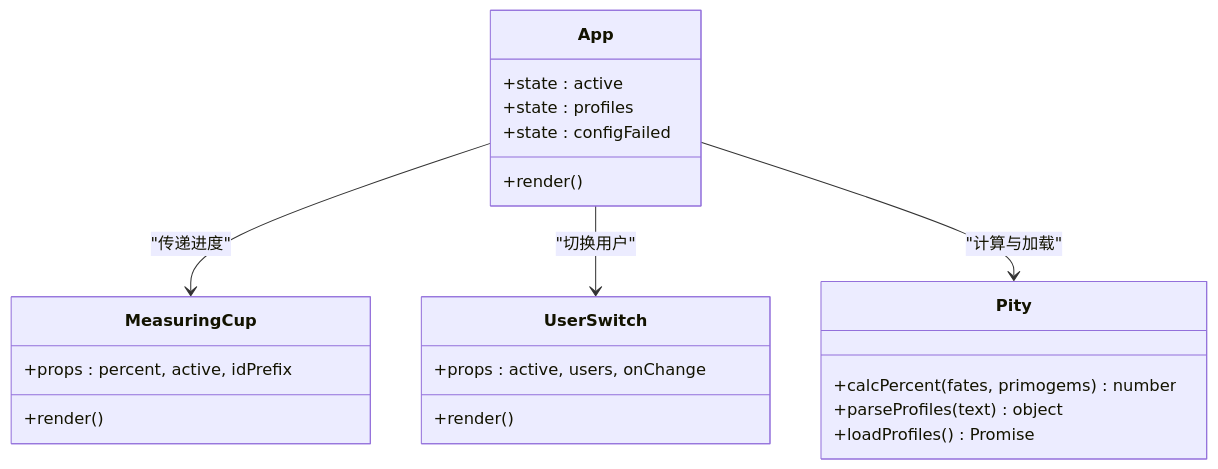
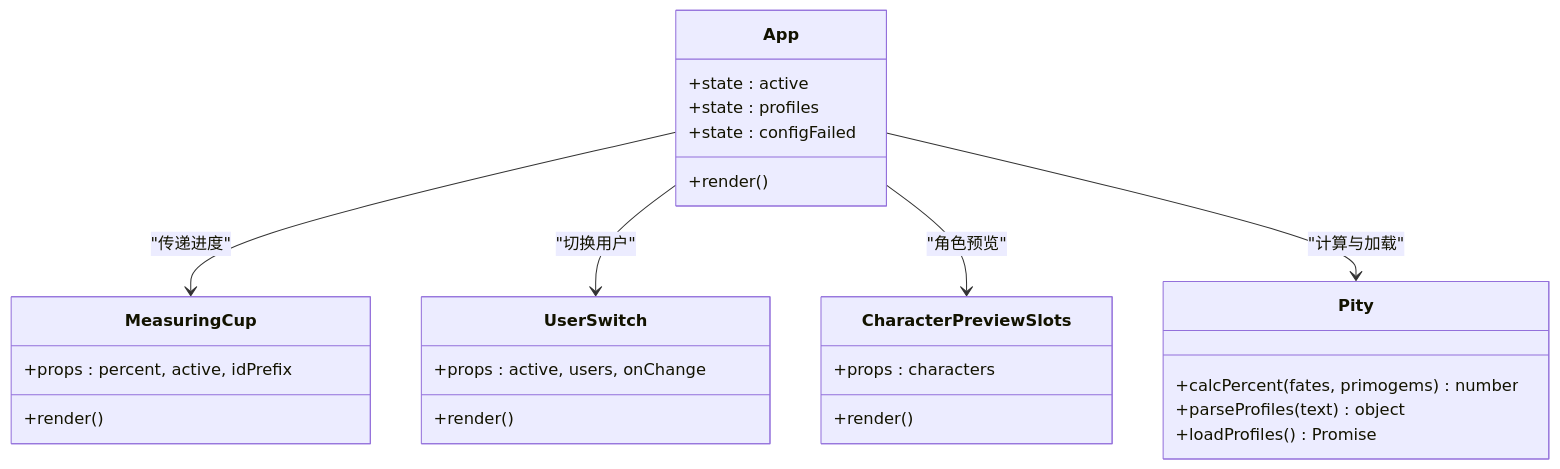
The sixth of 7 diagrams in .qoder/repowiki/zh/content/UI组件/UI组件.md (March7th-OvO/yuanshen), drawn with Mermaid before and after one commit. The commit also changed other lines of this file and 5 other files, not shown here.

````diff
--- a/.qoder/repowiki/zh/content/UI组件/UI组件.md
+++ b/.qoder/repowiki/zh/content/UI组件/UI组件.md
@@ -218,25 +283,30 @@
 ```mermaid
 classDiagram
 class App {
 +state : active
 +state : profiles
 +state : configFailed
 +render()
 }
 class MeasuringCup {
 +props : percent, active, idPrefix
 +render()
 }
 class UserSwitch {
 +props : active, users, onChange
 +render()
 }
+class CharacterPreviewSlots {
++props : characters
++render()
+}
 class Pity {
 +calcPercent(fates, primogems) number
 +parseProfiles(text) object
 +loadProfiles() Promise
 }
 App --> MeasuringCup : "传递进度"
 App --> UserSwitch : "切换用户"
+App --> CharacterPreviewSlots : "角色预览"
 App --> Pity : "计算与加载"
 ```
````
